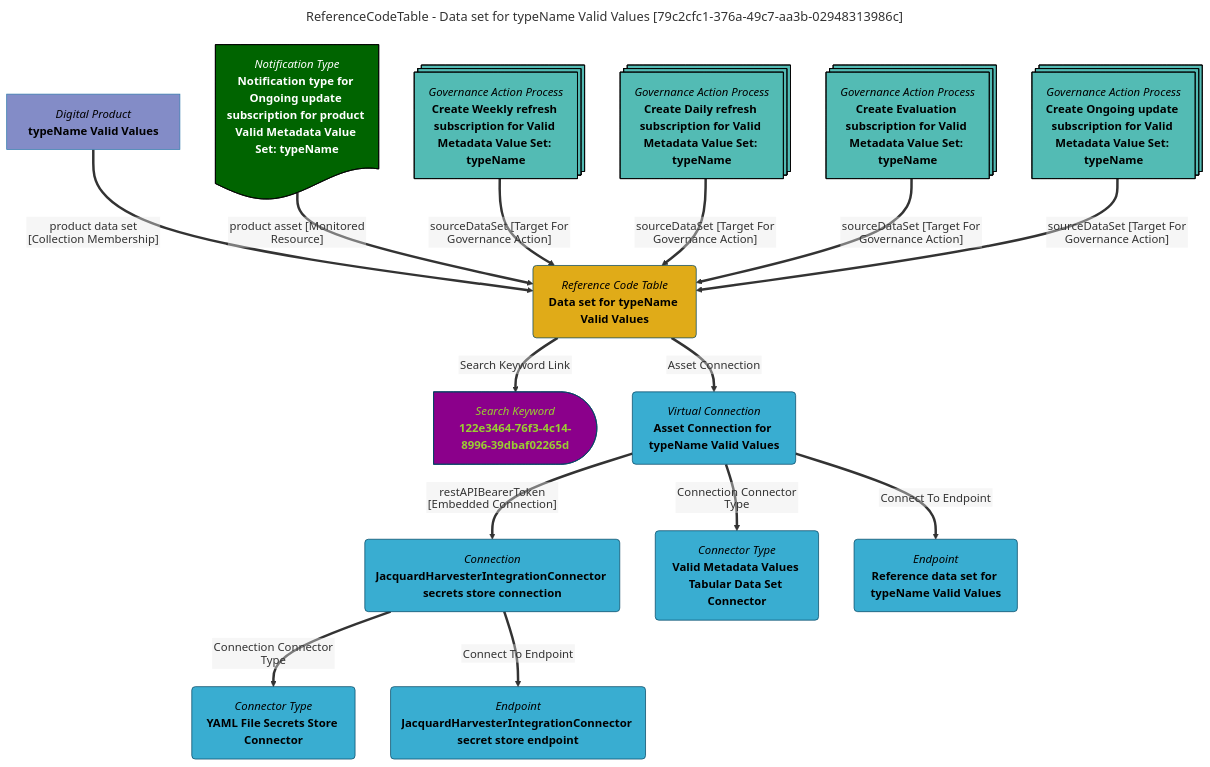
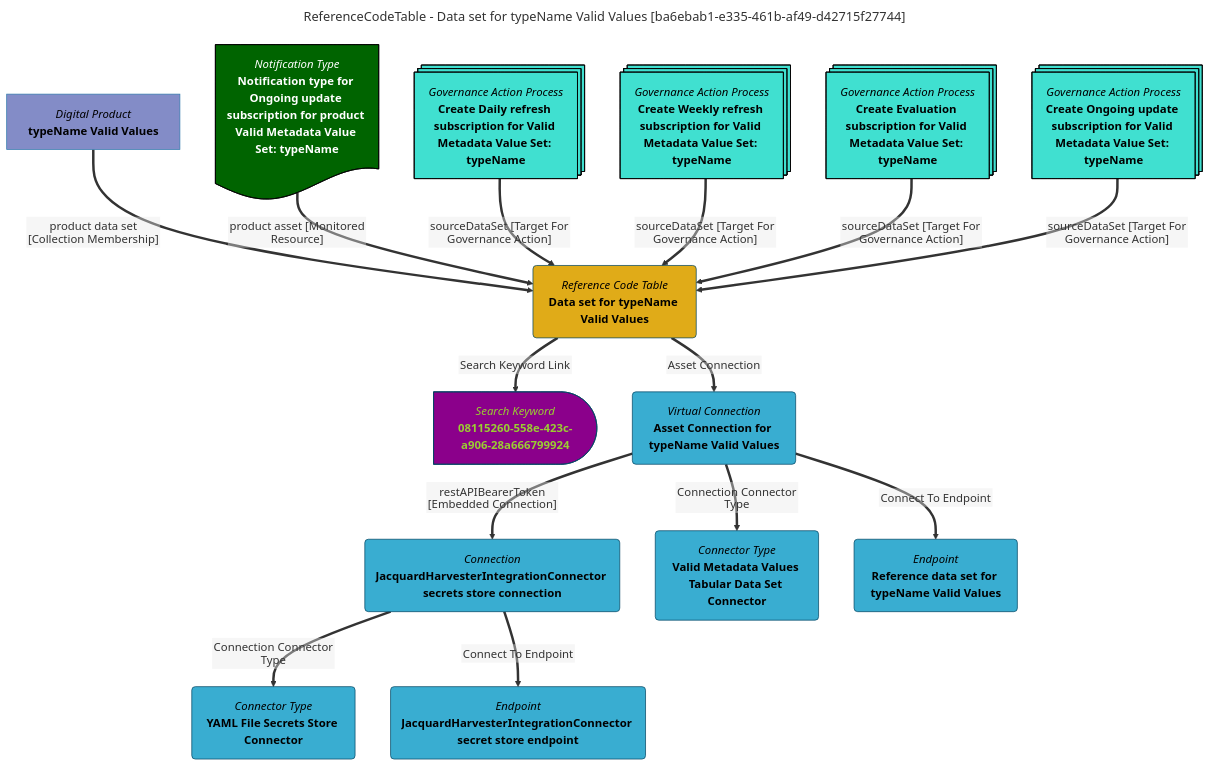
One commit to odpi/egeria-docs changed the diagram in site/snippets/data-assets/data-set-for-typename-valid-values-mermaid-graph.md. Above: the diagram before and after it, drawn with Mermaid. The commit also changed 2201 other files, not shown here.

````diff
--- a/site/snippets/data-assets/data-set-for-typename-valid-values-mermaid-graph.md
+++ b/site/snippets/data-assets/data-set-for-typename-valid-values-mermaid-graph.md
@@ -1,63 +1,63 @@
 ```mermaid
 ---
-title: ReferenceCodeTable - Data set for typeName Valid Values [79c2cfc1-376a-49c7-aa3b-02948313986c]
+title: ReferenceCodeTable - Data set for typeName Valid Values [ba6ebab1-e335-461b-af49-d42715f27744]
 ---
 flowchart TD
 %%{init: {"flowchart": {"htmlLabels": false}} }%%
 
 1@{ shape: rounded, label: "*Reference Code Table*
 **Data set for typeName Valid Values**"}
 2@{ shape: delay, label: "*Search Keyword*
-**122e3464-76f3-4c14-8996-39dbaf02265d**"}
+**08115260-558e-423c-a906-28a666799924**"}
 1==>|"Search Keyword Link"|2
 3@{ shape: rect, label: "*Digital Product*
 **typeName Valid Values**"}
 3==>|"product data set [Collection Membership]"|1
 4@{ shape: rounded, label: "*Virtual Connection*
 **Asset Connection for typeName Valid Values**"}
 1==>|"Asset Connection"|4
 5@{ shape: rounded, label: "*Connection*
 **JacquardHarvesterIntegrationConnector secrets store connection**"}
 4==>|"restAPIBearerToken [Embedded Connection]"|5
 6@{ shape: rounded, label: "*Connector Type*
 **YAML File Secrets Store Connector**"}
 5==>|"Connection Connector Type"|6
 7@{ shape: rounded, label: "*Endpoint*
 **JacquardHarvesterIntegrationConnector secret store endpoint**"}
 5==>|"Connect To Endpoint"|7
 8@{ shape: rounded, label: "*Connector Type*
 **Valid Metadata Values Tabular Data Set Connector**"}
 4==>|"Connection Connector Type"|8
 9@{ shape: rounded, label: "*Endpoint*
 **Reference data set for typeName Valid Values**"}
 4==>|"Connect To Endpoint"|9
 10@{ shape: doc, label: "*Notification Type*
 **Notification type for Ongoing update subscription for product Valid Metadata Value Set: typeName**"}
 10==>|"product asset [Monitored Resource]"|1
 11@{ shape: processes, label: "*Governance Action Process*
-**Create Weekly refresh subscription for Valid Metadata Value Set: typeName**"}
+**Create Daily refresh subscription for Valid Metadata Value Set: typeName**"}
 11==>|"sourceDataSet [Target For Governance Action]"|1
 12@{ shape: processes, label: "*Governance Action Process*
-**Create Daily refresh subscription for Valid Metadata Value Set: typeName**"}
+**Create Weekly refresh subscription for Valid Metadata Value Set: typeName**"}
 12==>|"sourceDataSet [Target For Governance Action]"|1
 13@{ shape: processes, label: "*Governance Action Process*
 **Create Evaluation subscription for Valid Metadata Value Set: typeName**"}
 13==>|"sourceDataSet [Target For Governance Action]"|1
 14@{ shape: processes, label: "*Governance Action Process*
 **Create Ongoing update subscription for Valid Metadata Value Set: typeName**"}
 14==>|"sourceDataSet [Target For Governance Action]"|1
-style 11 color:#000000, fill:#53bbb4, stroke:#000000
-style 12 color:#000000, fill:#53bbb4, stroke:#000000
-style 13 color:#000000, fill:#53bbb4, stroke:#000000
-style 14 color:#000000, fill:#53bbb4, stroke:#000000
+style 11 color:#000000, fill:#40E0D0, stroke:#000000
+style 12 color:#000000, fill:#40E0D0, stroke:#000000
+style 13 color:#000000, fill:#40E0D0, stroke:#000000
+style 14 color:#000000, fill:#40E0D0, stroke:#000000
 style 1 color:#000000, fill:#e0ab18, stroke:#004563
-style 2 color:#9acd32, fill:#8b008b, stroke:#004563
+style 2 color:#9ACD32, fill:#8B008B, stroke:#004563
 style 3 color:#000000, fill:#838cc7, stroke:#3079ab
 style 4 color:#000000, fill:#39add1, stroke:#004563
 style 5 color:#000000, fill:#39add1, stroke:#004563
 style 6 color:#000000, fill:#39add1, stroke:#004563
 style 7 color:#000000, fill:#39add1, stroke:#004563
 style 8 color:#000000, fill:#39add1, stroke:#004563
 style 9 color:#000000, fill:#39add1, stroke:#004563
 style 10 color:#FFFFFF, fill:#006400, stroke:#000000
 ```
````
